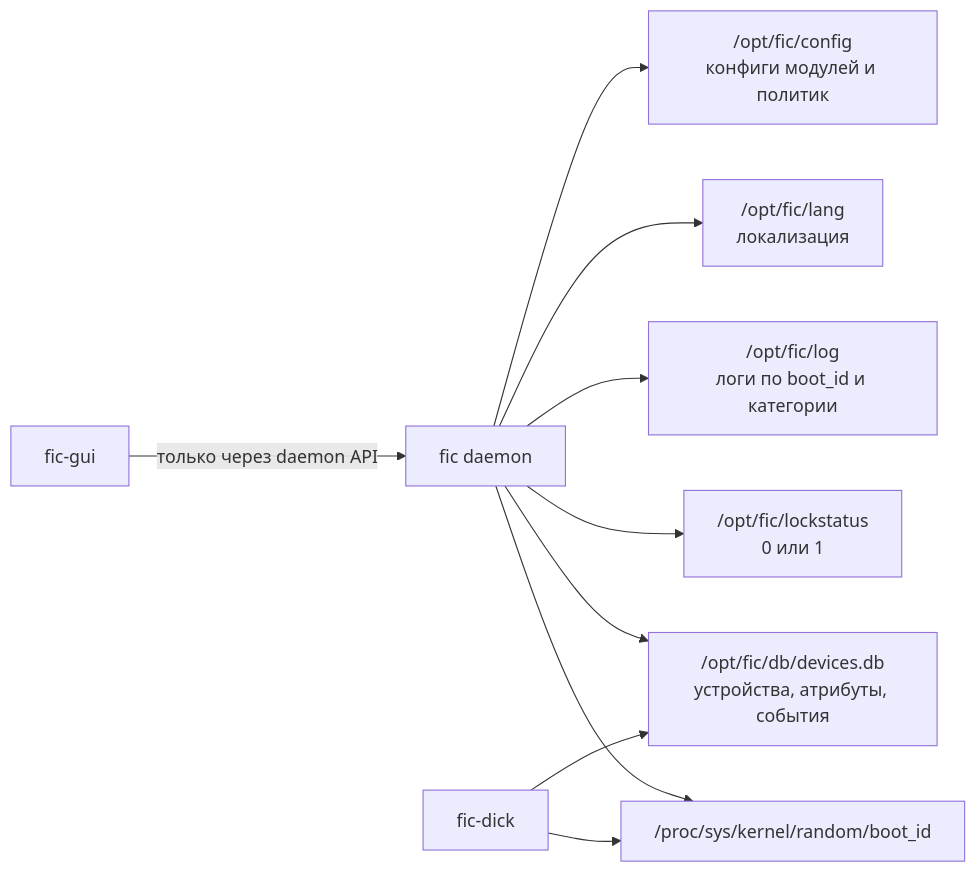
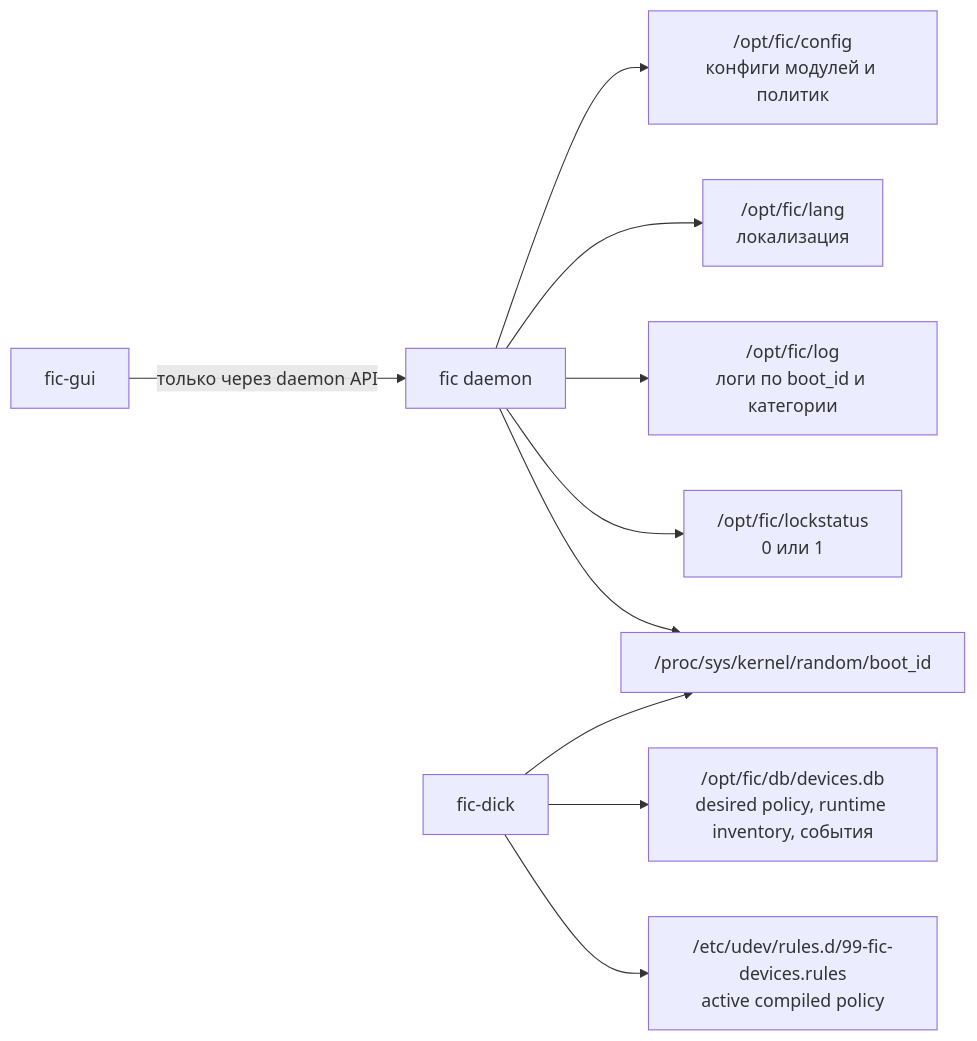
Diagram 19 of 19 in docs/architecture-diagrams.md (RevoltStar/FIC), drawn with Mermaid before and after one commit. The commit also changed other lines of this file and 34 other files, not shown here.

````diff
--- a/docs/architecture-diagrams.md
+++ b/docs/architecture-diagrams.md
@@ -788,24 +806,25 @@
 ```mermaid
 flowchart LR
     daemon[fic daemon]
     dick[fic-dick]
     gui[fic-gui]
 
     config["/opt/fic/config<br/>конфиги модулей и политик"]
     lang["/opt/fic/lang<br/>локализация"]
     logs["/opt/fic/log<br/>логи по boot_id и категории"]
     lockstatus["/opt/fic/lockstatus<br/>0 или 1"]
-    db["/opt/fic/db/devices.db<br/>устройства, атрибуты, события"]
+    db["/opt/fic/db/devices.db<br/>desired policy, runtime inventory, события"]
+    rules["/etc/udev/rules.d/99-fic-devices.rules<br/>active compiled policy"]
     proc["/proc/sys/kernel/random/boot_id"]
 
     daemon --> config
     daemon --> lang
     daemon --> logs
     daemon --> lockstatus
-    daemon --> db
     daemon --> proc
 
     dick --> db
+    dick --> rules
     dick --> proc
     gui -->|только через daemon API| daemon
 ```
````
